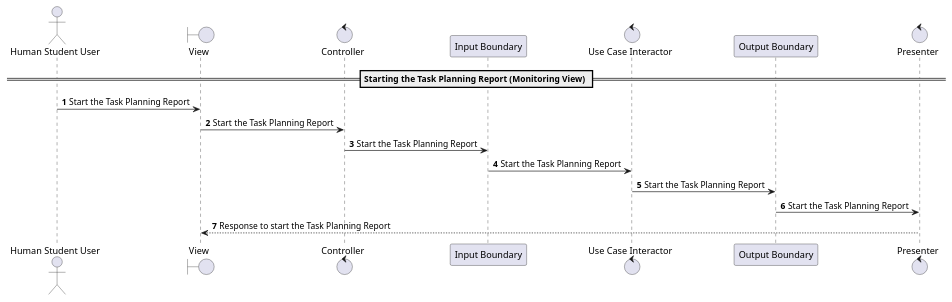
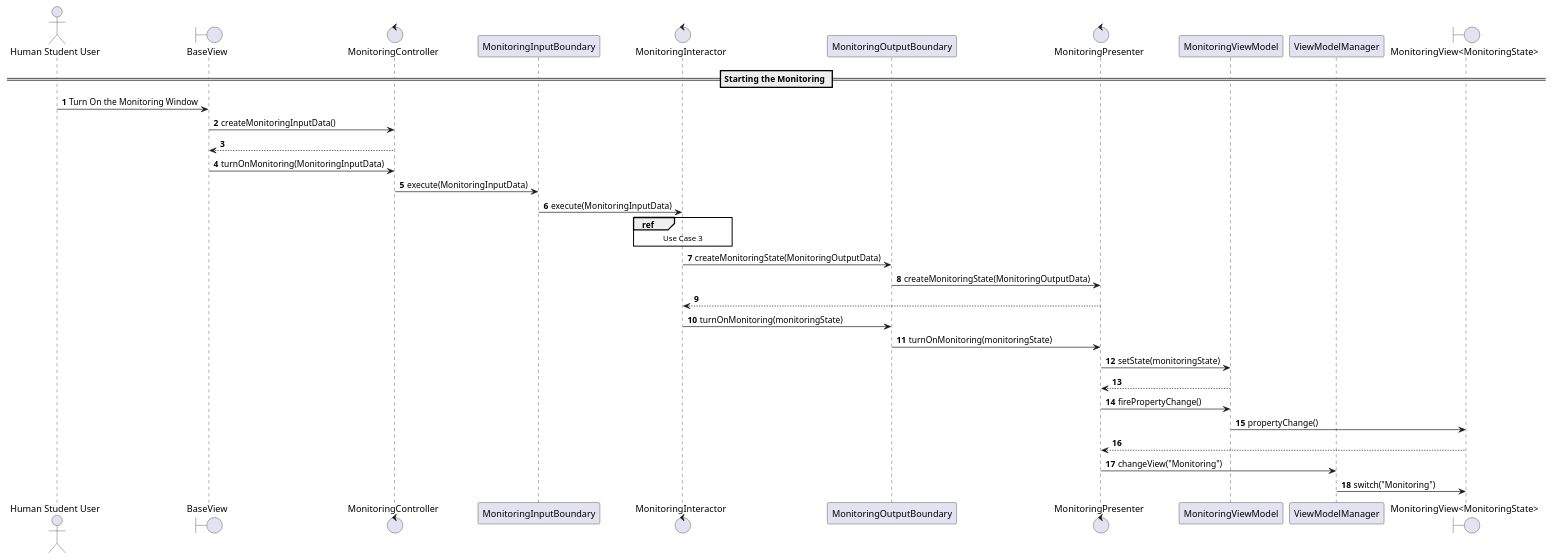
Before and after one commit to CSC207-2025F-UofT/team-project: the diagram in DraftStory4/UseCase4A.puml, drawn with PlantUML. The commit also changed 1 other file, not shown here.

Commit message:
update second draft of the use case 4A

```diff
--- a/DraftStory4/UseCase4A.puml
+++ b/DraftStory4/UseCase4A.puml
@@ -1,23 +1,40 @@
 @startuml
 'https://plantuml.com/sequence-diagram
 
 autonumber
 
-== Starting the Task Planning Report (Monitoring View) ==
-actor "Human Student User" as hsu
-boundary "View" as view
-control "Controller" as controller
-participant "Input Boundary" as ib
-control "Use Case Interactor" as uci
-participant "Output Boundary" as ob
-control "Presenter" as presenter
+== Starting the Monitoring ==
+actor "Human Student User" as humanStudentUser
+boundary "BaseView" as baseView
+control "MonitoringController" as monitoringController
+participant "MonitoringInputBoundary" as monitoringInputBoundary
+control "MonitoringInteractor" as monitoringInteractor
+participant "MonitoringOutputBoundary" as monitoringOutputBoundary
+control "MonitoringPresenter" as monitoringPresenter
+participant "MonitoringViewModel" as monitoringViewModel
+participant "ViewModelManager" as viewModelManager
+boundary "MonitoringView<MonitoringState>" as monitoringView
 
-hsu -> view: Start the Task Planning Report
-view -> controller: Start the Task Planning Report
-controller -> ib: Start the Task Planning Report
-ib -> uci: Start the Task Planning Report
-uci -> ob: Start the Task Planning Report
-ob -> presenter: Start the Task Planning Report
-view <-- presenter: Response to start the Task Planning Report
+humanStudentUser -> baseView: Turn On the Monitoring Window
+baseView -> monitoringController: createMonitoringInputData()
+baseView <-- monitoringController
+baseView -> monitoringController: turnOnMonitoring(MonitoringInputData)
+monitoringController -> monitoringInputBoundary: execute(MonitoringInputData)
+monitoringInputBoundary -> monitoringInteractor: execute(MonitoringInputData)
+
+ref over monitoringInteractor: Use Case 3
+
+monitoringInteractor -> monitoringOutputBoundary: createMonitoringState(MonitoringOutputData)
+monitoringOutputBoundary -> monitoringPresenter: createMonitoringState(MonitoringOutputData)
+monitoringInteractor <-- monitoringPresenter
+monitoringInteractor -> monitoringOutputBoundary: turnOnMonitoring(monitoringState)
+monitoringOutputBoundary -> monitoringPresenter: turnOnMonitoring(monitoringState)
+monitoringPresenter -> monitoringViewModel: setState(monitoringState)
+monitoringPresenter <-- monitoringViewModel
+monitoringPresenter -> monitoringViewModel: firePropertyChange()
+monitoringViewModel -> monitoringView: propertyChange()
+monitoringPresenter <-- monitoringView
+monitoringPresenter -> viewModelManager: changeView("Monitoring")
+viewModelManager -> monitoringView: switch("Monitoring")
 
 @enduml
```
